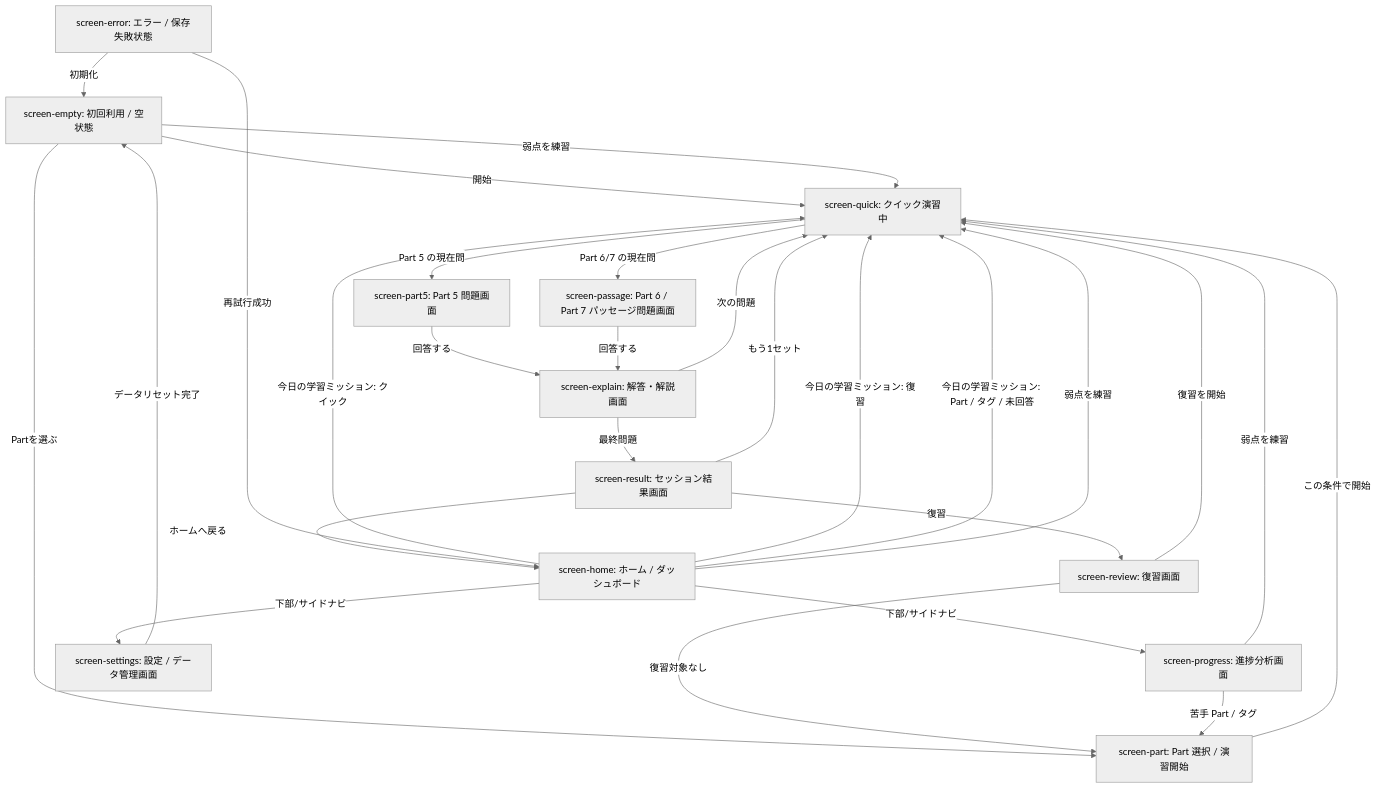
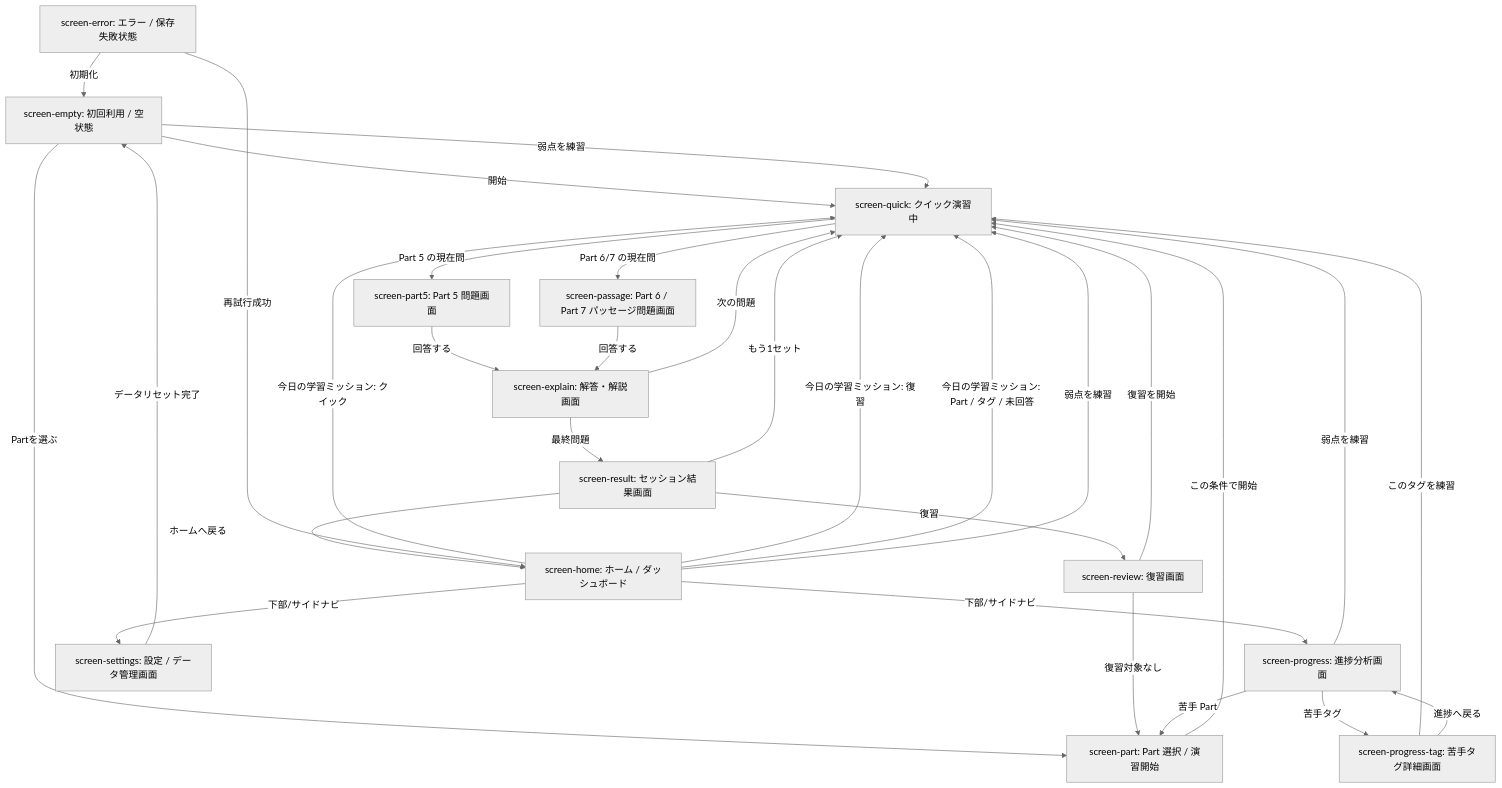
Before and after one commit to komavideo/nextjs-toeic: the first of 5 diagrams in docs/WIREFLOW.md, drawn with Mermaid (neutral theme). The commit also changed other lines of this file and 8 other files, not shown here.

````diff
--- a/docs/WIREFLOW.md
+++ b/docs/WIREFLOW.md
@@ -30,42 +31,46 @@
 ```mermaid
 flowchart TD
   Empty["screen-empty: 初回利用 / 空状態"]
   Home["screen-home: ホーム / ダッシュボード"]
   Part["screen-part: Part 選択 / 演習開始"]
   Quick["screen-quick: クイック演習中"]
   Part5["screen-part5: Part 5 問題画面"]
   Passage["screen-passage: Part 6 / Part 7 パッセージ問題画面"]
   Explain["screen-explain: 解答・解説画面"]
   Result["screen-result: セッション結果画面"]
   Review["screen-review: 復習画面"]
   Progress["screen-progress: 進捗分析画面"]
+  ProgressTag["screen-progress-tag: 苦手タグ詳細画面"]
   Settings["screen-settings: 設定 / データ管理画面"]
   Error["screen-error: エラー / 保存失敗状態"]
 
   Empty -->|開始| Quick
   Empty -->|Partを選ぶ| Part
   Empty -->|弱点を練習| Quick
   Home -->|今日の学習ミッション: クイック| Quick
   Home -->|今日の学習ミッション: 復習| Quick
   Home -->|今日の学習ミッション: Part / タグ / 未回答| Quick
   Home -->|弱点を練習| Quick
   Home -->|下部/サイドナビ| Progress
   Home -->|下部/サイドナビ| Settings
   Part -->|この条件で開始| Quick
   Quick -->|Part 5 の現在問| Part5
   Quick -->|Part 6/7 の現在問| Passage
   Part5 -->|回答する| Explain
   Passage -->|回答する| Explain
   Explain -->|次の問題| Quick
   Explain -->|最終問題| Result
   Result -->|復習| Review
   Result -->|もう1セット| Quick
   Result -->|ホームへ戻る| Home
   Review -->|復習を開始| Quick
   Review -->|復習対象なし| Part
-  Progress -->|苦手 Part / タグ| Part
+  Progress -->|苦手 Part| Part
+  Progress -->|苦手タグ| ProgressTag
+  ProgressTag -->|このタグを練習| Quick
+  ProgressTag -->|進捗へ戻る| Progress
   Progress -->|弱点を練習| Quick
   Settings -->|データリセット完了| Empty
   Error -->|再試行成功| Home
   Error -->|初期化| Empty
 ```
````
